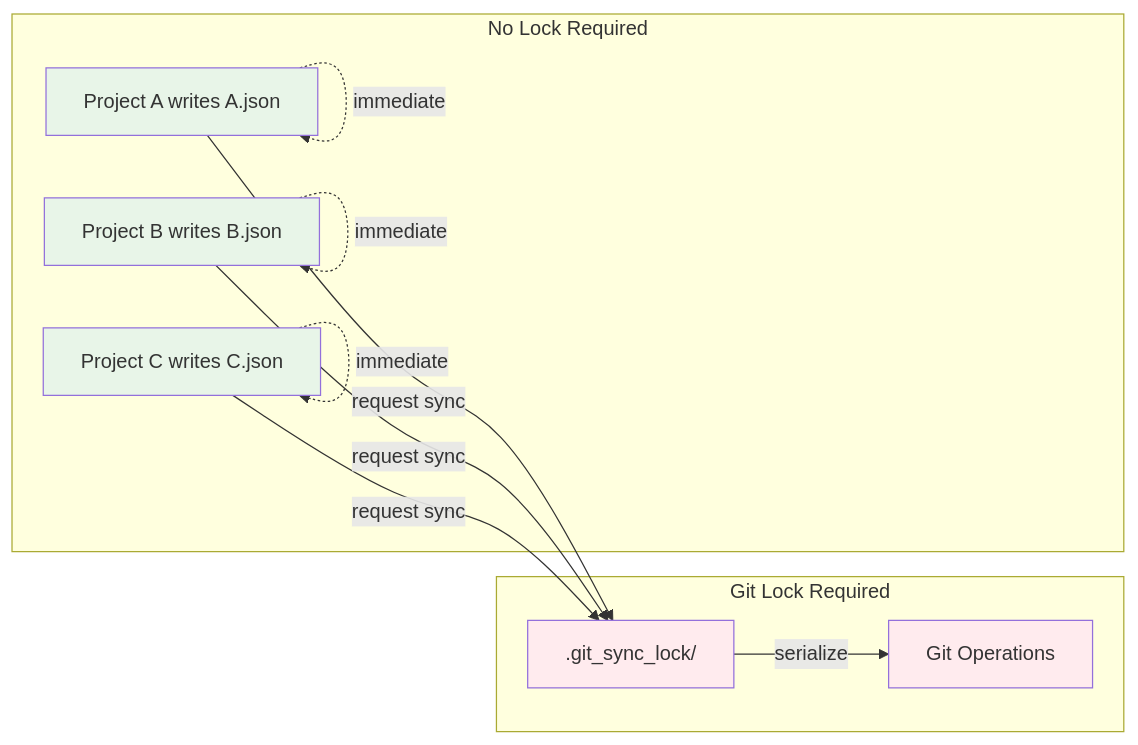
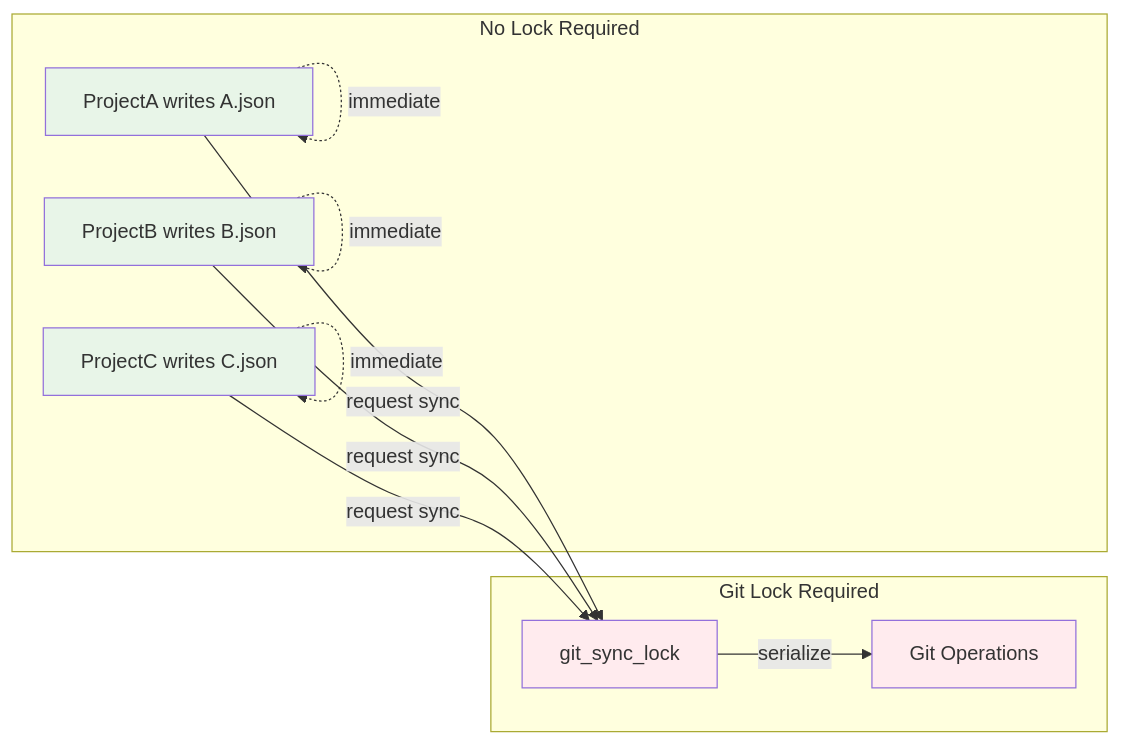
Before and after one commit to Mosquito-Alert/mosquito-alert-model-monitor: the fourth of 4 diagrams in ARCHITECTURE.qmd, drawn with Mermaid. The commit also changed other lines of this file and 25 other files, not shown here.

````diff
--- a/ARCHITECTURE.qmd
+++ b/ARCHITECTURE.qmd
@@ -154,29 +154,29 @@
 ```{mermaid}
 graph LR
-    subgraph "No Lock Required"
-        A1[Project A writes A.json]
-        B1[Project B writes B.json]
-        C1[Project C writes C.json]
+    subgraph NoLock ["No Lock Required"]
+        A1[ProjectA writes A.json]
+        B1[ProjectB writes B.json]
+        C1[ProjectC writes C.json]
     end
     
-    subgraph "Git Lock Required"
-        GL[.git_sync_lock/]
+    subgraph GitLock ["Git Lock Required"]
+        GL[git_sync_lock]
         GO[Git Operations]
     end
     
     A1 -.->|immediate| A1
     B1 -.->|immediate| B1  
     C1 -.->|immediate| C1
     
     A1 -->|request sync| GL
     B1 -->|request sync| GL
     C1 -->|request sync| GL
     
     GL -->|serialize| GO
     
     classDef nolock fill:#e8f5e8
     classDef lock fill:#ffebee
     
     class A1,B1,C1 nolock
     class GL,GO lock
 ```
````
